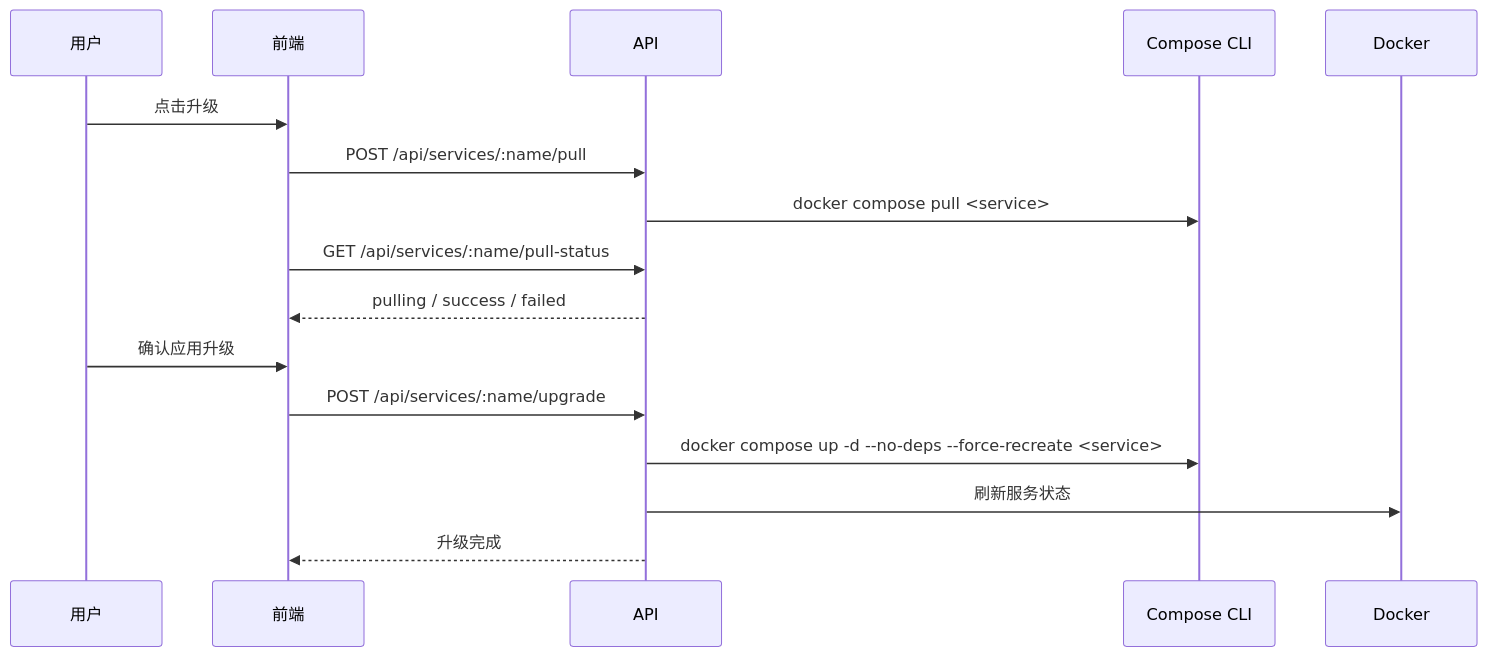
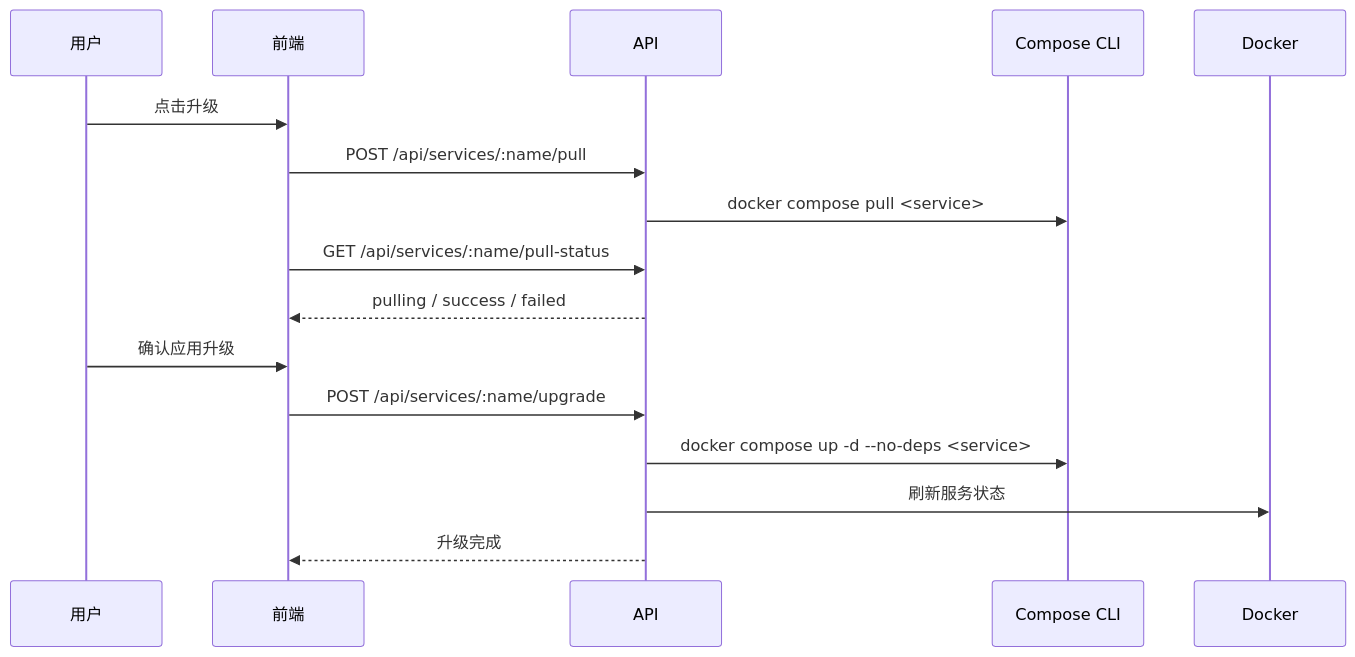
Before and after one commit to fengin/compose-board: the third of 3 diagrams in docs/PRODUCT_MANUAL.md, drawn with Mermaid. The commit also changed other lines of this file and 19 other files, not shown here.

````diff
--- a/docs/PRODUCT_MANUAL.md
+++ b/docs/PRODUCT_MANUAL.md
@@ -221,19 +221,19 @@
 ```mermaid
 sequenceDiagram
     participant User as 用户
     participant UI as 前端
     participant API as API
     participant Compose as Compose CLI
     participant Docker as Docker
 
     User->>UI: 点击升级
     UI->>API: POST /api/services/:name/pull
     API->>Compose: docker compose pull <service>
     UI->>API: GET /api/services/:name/pull-status
     API-->>UI: pulling / success / failed
     User->>UI: 确认应用升级
     UI->>API: POST /api/services/:name/upgrade
-    API->>Compose: docker compose up -d --no-deps --force-recreate <service>
+    API->>Compose: docker compose up -d --no-deps <service>
     API->>Docker: 刷新服务状态
     API-->>UI: 升级完成
 ```
````
